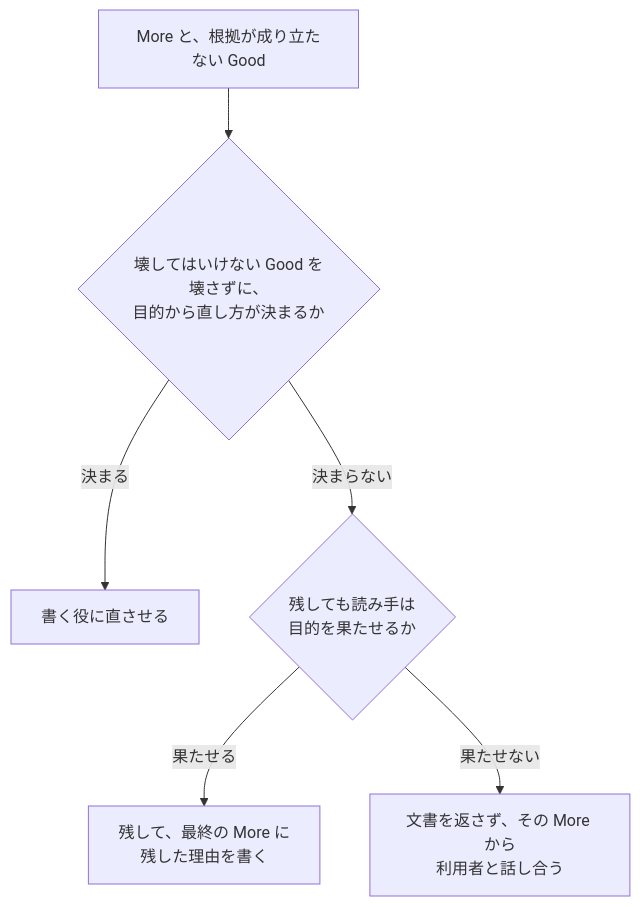
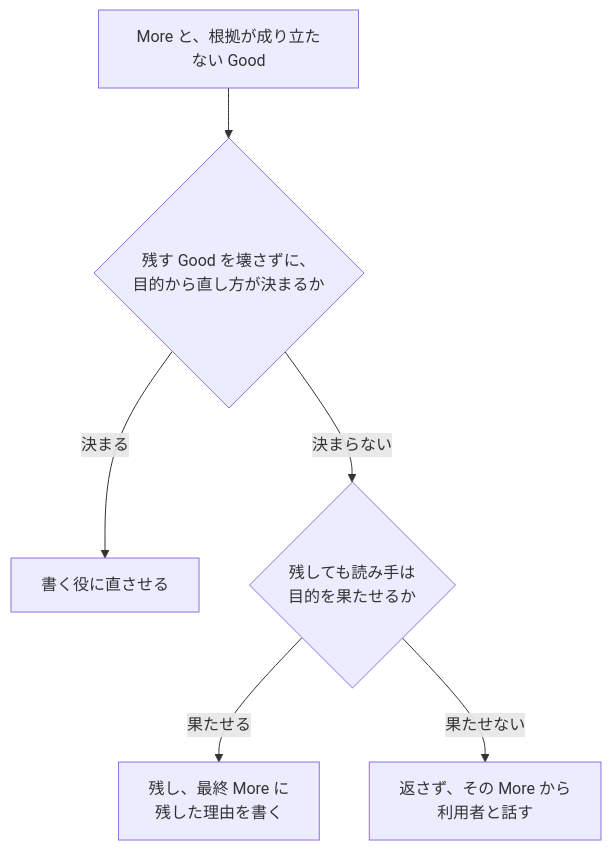
The second of 2 diagrams in writ/skills/up/SKILL.md (lovaizu/ccpm), drawn with Mermaid before and after one commit. The commit also changed other lines of this file and 2 other files, not shown here.

````diff
--- a/writ/skills/up/SKILL.md
+++ b/writ/skills/up/SKILL.md
@@ -167,14 +99,14 @@
 ```mermaid
 flowchart TD
   M[More と、根拠が成り立たない Good]
-  Q1{"壊してはいけない Good を壊さずに、<br/>目的から直し方が決まるか"}
+  Q1{"残す Good を壊さずに、<br/>目的から直し方が決まるか"}
   X[書く役に直させる]
   Q2{"残しても読み手は<br/>目的を果たせるか"}
-  L["残して、最終の More に<br/>残した理由を書く"]
-  B["文書を返さず、その More から<br/>利用者と話し合う"]
+  L["残し、最終 More に<br/>残した理由を書く"]
+  B["返さず、その More から<br/>利用者と話す"]
   M --> Q1
   Q1 -->|決まる| X
   Q1 -->|決まらない| Q2
   Q2 -->|果たせる| L
   Q2 -->|果たせない| B
 ```
````
